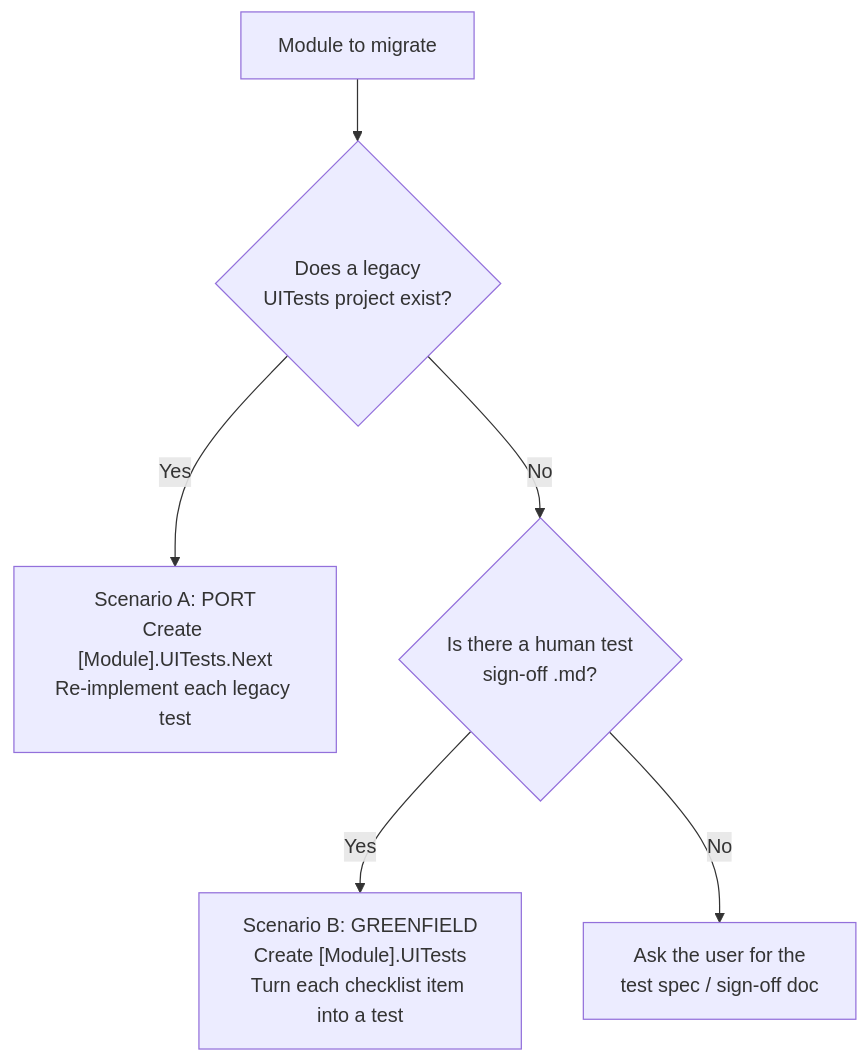
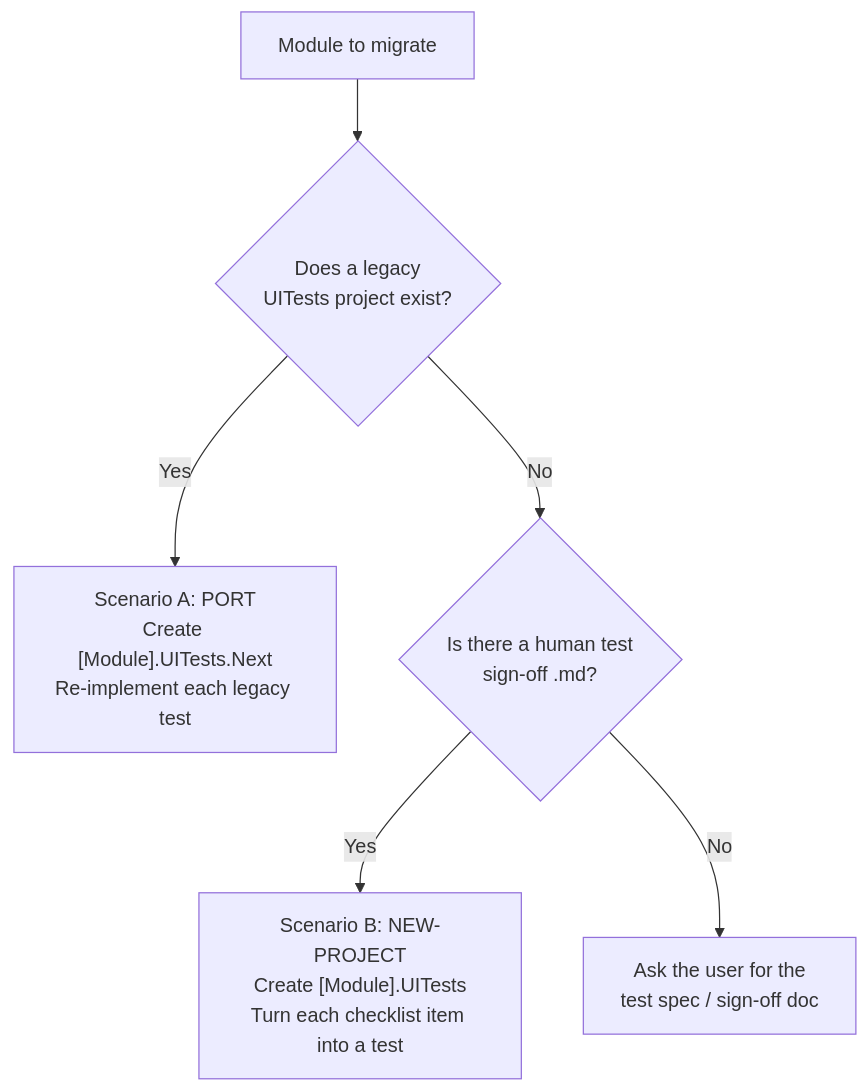
One commit to yeelam-gordon/PowerToys changed the diagram in .github/skills/ui-tests-migration/SKILL.md. Above: the diagram before and after it, drawn with Mermaid. The commit also changed other lines of this file and 34 other files, not shown here.

````diff
--- a/.github/skills/ui-tests-migration/SKILL.md
+++ b/.github/skills/ui-tests-migration/SKILL.md
@@ -82,8 +82,8 @@
 ```mermaid
 flowchart TD
     A[Module to migrate] --> B{Does a legacy<br/>UITests project exist?}
     B -- Yes --> C["Scenario A: PORT<br/>Create [Module].UITests.Next<br/>Re-implement each legacy test"]
     B -- No --> D{Is there a human test<br/>sign-off .md?}
-    D -- Yes --> E["Scenario B: GREENFIELD<br/>Create [Module].UITests<br/>Turn each checklist item into a test"]
+    D -- Yes --> E["Scenario B: NEW-PROJECT<br/>Create [Module].UITests<br/>Turn each checklist item into a test"]
     D -- No --> F[Ask the user for the<br/>test spec / sign-off doc]
 ```
````
